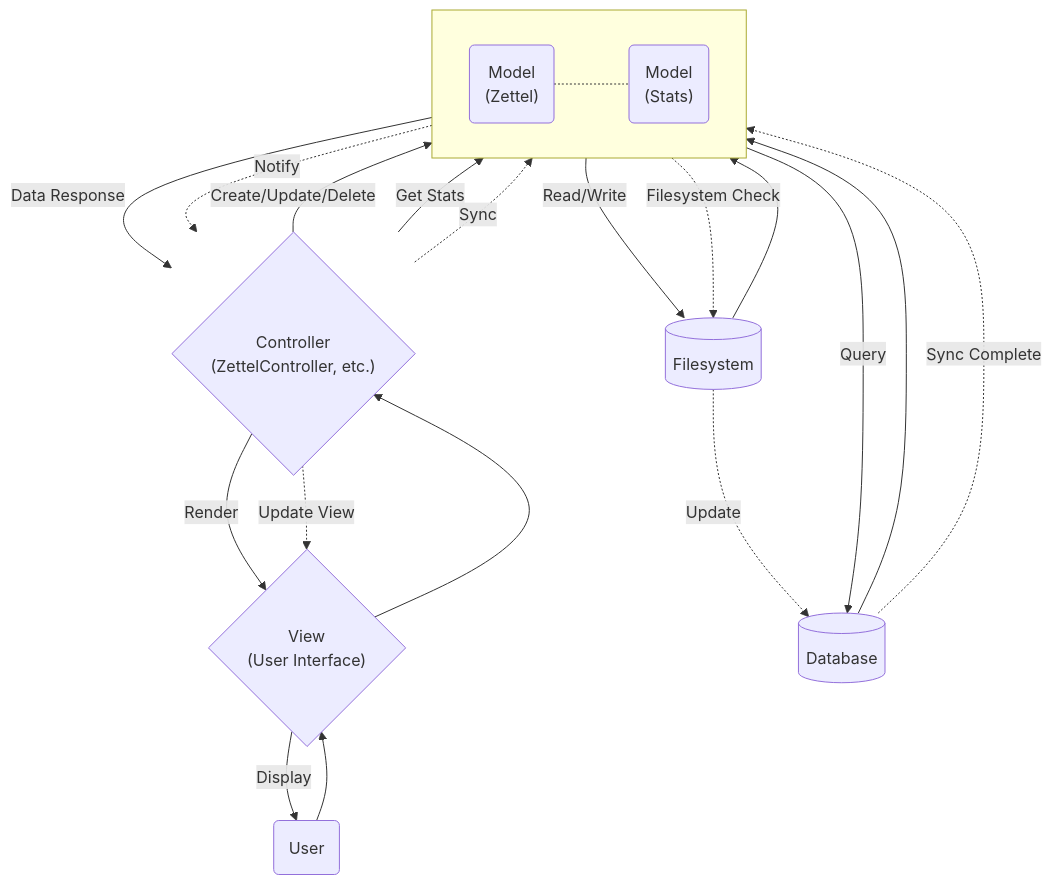
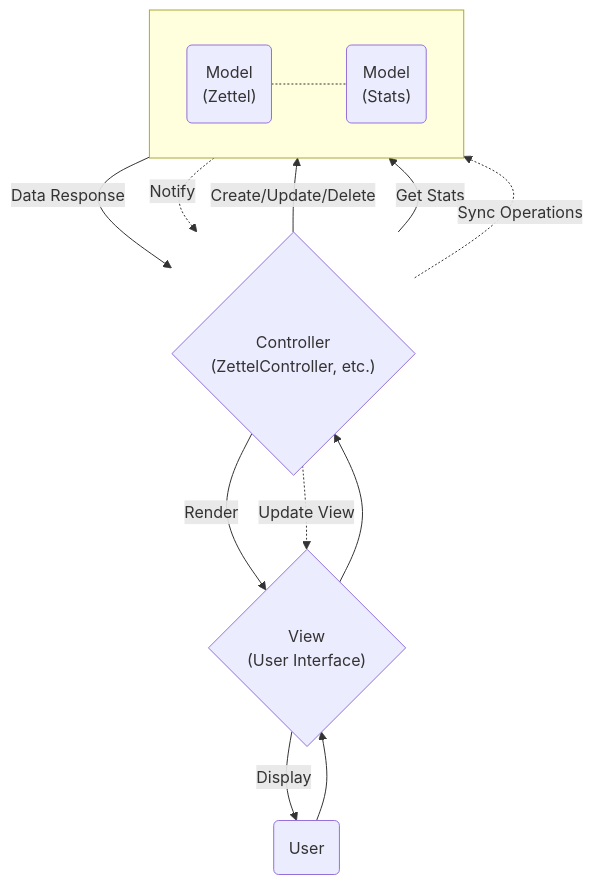
Before and after one commit to Odas0R/zet-cmd: the second of 2 diagrams in ARCHITECTURE.md, drawn with Mermaid. The commit also changed other lines of this file, not shown here.

````diff
--- a/ARCHITECTURE.md
+++ b/ARCHITECTURE.md
@@ -97,33 +119,22 @@
 ```mermaid
-
 flowchart TD
     User("User") --> View{"View\n(User Interface)"}
     View --> Controller{"Controller\n(ZettelController, etc.)"}
 
     subgraph ModelLayer [" "]
     direction LR
     ZM("Model\n(Zettel)") -.- SM("Model\n(Stats)")
     end
 
     Controller -->|Create/Update/Delete| ModelLayer
     Controller -->|Get Stats| ModelLayer
 
-    ModelLayer -->|Query| DB[(Database)]
-    ModelLayer -->|Read/Write| FS[(Filesystem)]
-
-    DB --> ModelLayer
-    FS --> ModelLayer
-
     ModelLayer -->|Data Response| Controller
 
     Controller -->|Render| View
     View -->|Display| User
 
-    Controller -.->|Sync| ModelLayer
-    ModelLayer -.->|Filesystem Check| FS
-    FS -.->|Update| DB
-    DB -.->|Sync Complete| ModelLayer
+    Controller -.->|Sync Operations| ModelLayer
     ModelLayer -.->|Notify| Controller
     Controller -.->|Update View| View
-
 ```
````
